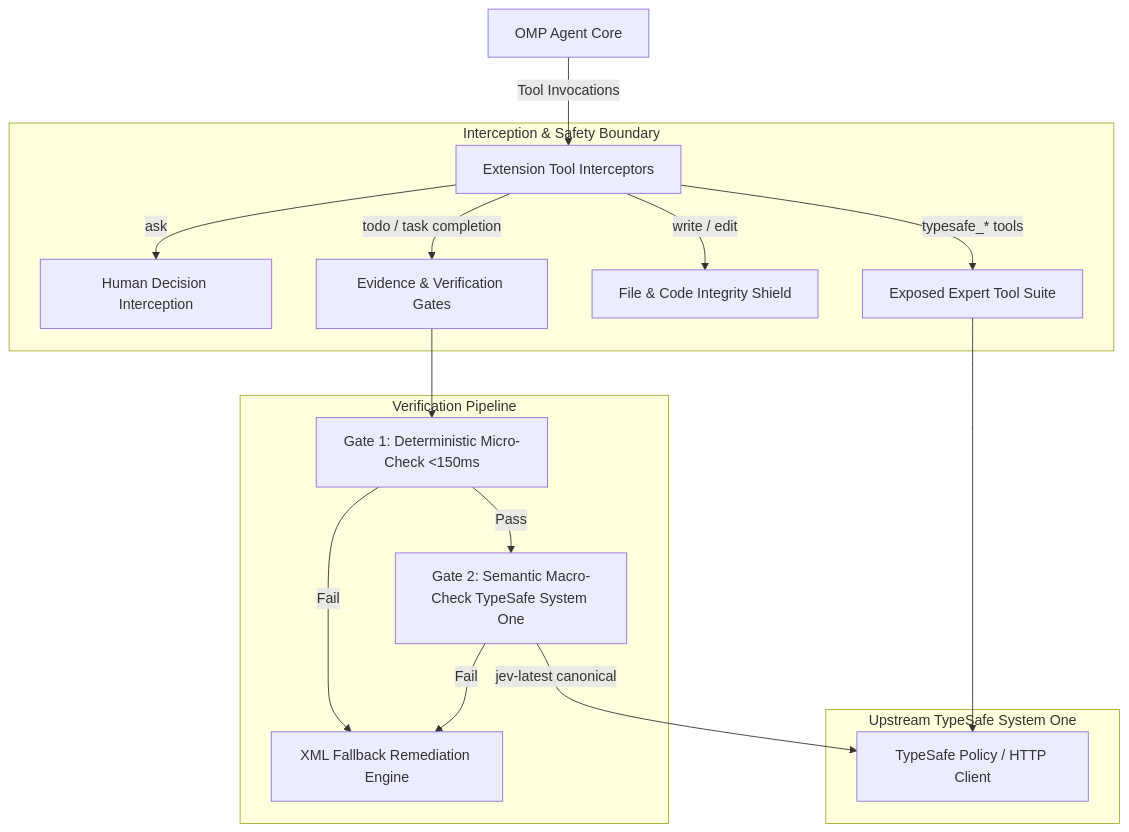
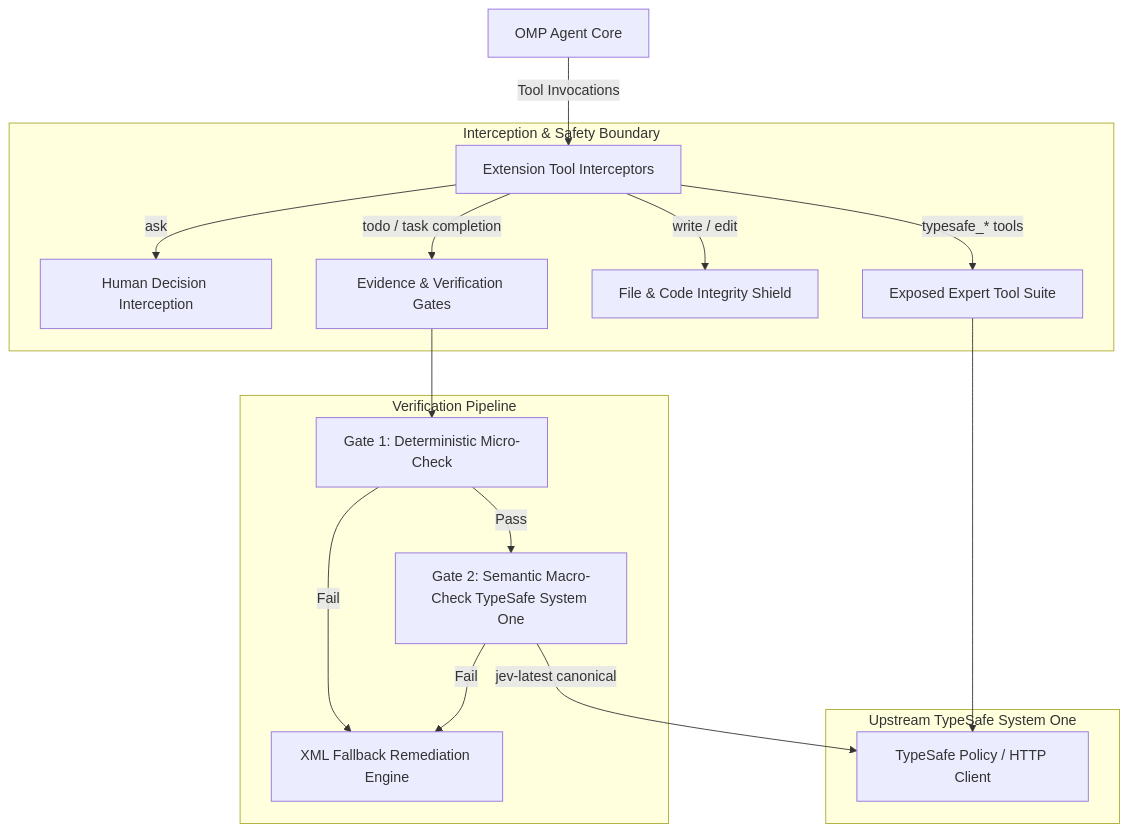
One commit to thanhnt-sm/omp_extension changed the diagram in docs/SAD.md. Above: the diagram before and after it, drawn with Mermaid. The commit also changed 1 other file, not shown here.

Commit message:
docs(mermaid): fix stateDiagram and flowchart syntax for preview

````diff
--- a/docs/SAD.md
+++ b/docs/SAD.md
@@ -6,23 +6,23 @@
 ```mermaid
 flowchart TD
     Agent[OMP Agent Core] -->|Tool Invocations| Interceptor[Extension Tool Interceptors]
     
     subgraph Interception & Safety Boundary
         Interceptor -->|ask| AskGate[Human Decision Interception]
         Interceptor -->|todo / task completion| CompletionGate[Evidence & Verification Gates]
         Interceptor -->|write / edit| Shield[File & Code Integrity Shield]
         Interceptor -->|typesafe_* tools| ExposedTools[Exposed Expert Tool Suite]
     end
 
     subgraph Verification Pipeline
-        CompletionGate --> Gate1[Gate 1: Deterministic Micro-Check <150ms]
+        CompletionGate --> Gate1[Gate 1: Deterministic Micro-Check]
         Gate1 -->|Pass| Gate2[Gate 2: Semantic Macro-Check TypeSafe System One]
         Gate1 -->|Fail| Remediation[XML Fallback Remediation Engine]
         Gate2 -->|Fail| Remediation
     end
 
     subgraph Upstream TypeSafe System One
         Gate2 -->|jev-latest canonical| PolicyClient[TypeSafe Policy / HTTP Client]
         ExposedTools --> PolicyClient
     end
 ```
````
